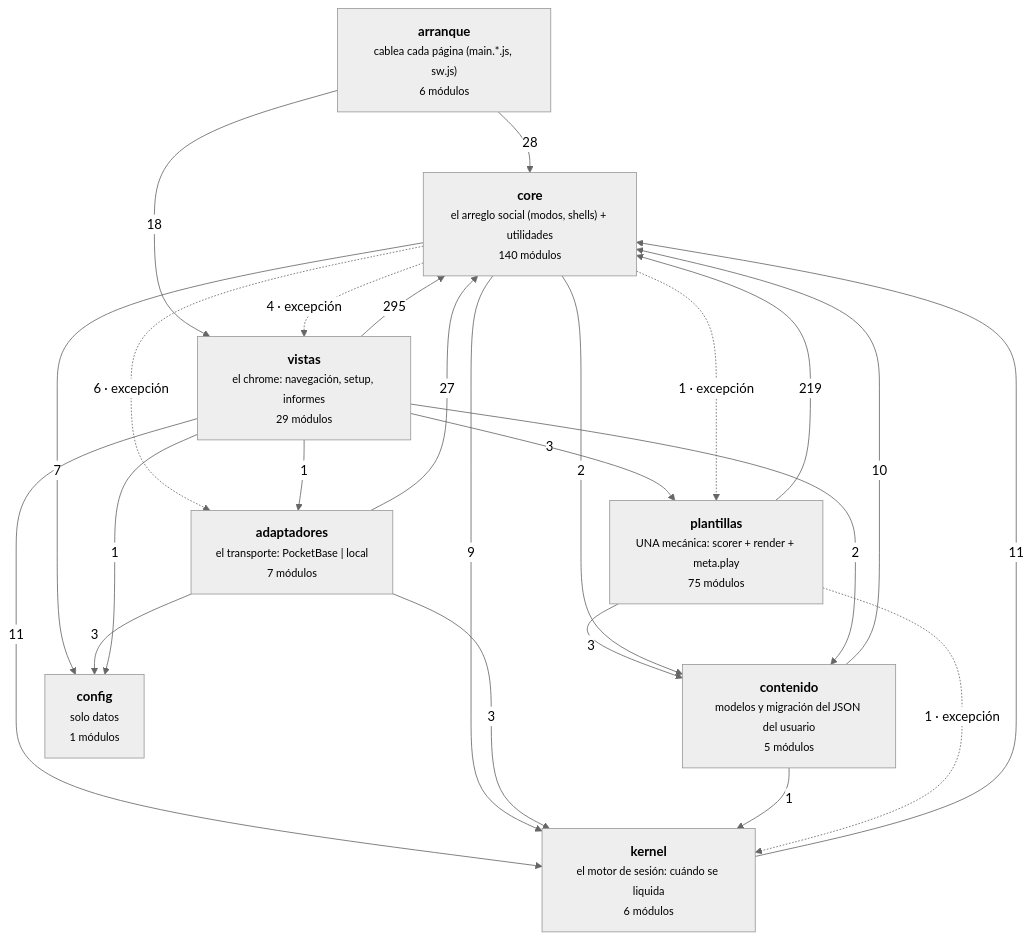
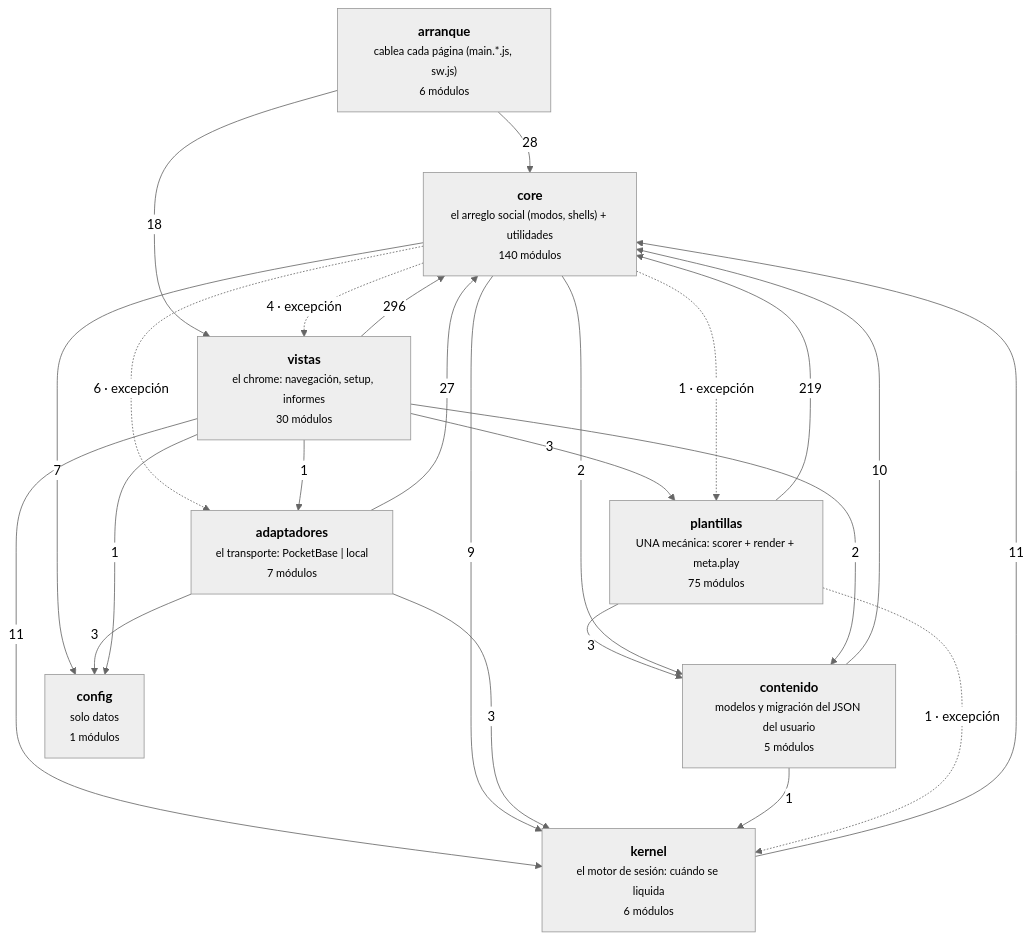
The diagram in docs/arquitectura-modulos.md (duecaz/ac), drawn with Mermaid (neutral theme) before and after one commit. The commit also changed other lines of this file and 17 other files, not shown here.

````diff
--- a/docs/arquitectura-modulos.md
+++ b/docs/arquitectura-modulos.md
@@ -56,34 +56,34 @@
 ```mermaid
 graph TD
   A["<b>arranque</b><br/><small>cablea cada página (main.*.js, sw.js)</small><br/><small>6 módulos</small>"]
-  V["<b>vistas</b><br/><small>el chrome: navegación, setup, informes</small><br/><small>29 módulos</small>"]
+  V["<b>vistas</b><br/><small>el chrome: navegación, setup, informes</small><br/><small>30 módulos</small>"]
   AD["<b>adaptadores</b><br/><small>el transporte: PocketBase | local</small><br/><small>7 módulos</small>"]
   C["<b>core</b><br/><small>el arreglo social (modos, shells) + utilidades</small><br/><small>140 módulos</small>"]
   K["<b>kernel</b><br/><small>el motor de sesión: cuándo se liquida</small><br/><small>6 módulos</small>"]
   T["<b>plantillas</b><br/><small>UNA mecánica: scorer + render + meta.play</small><br/><small>75 módulos</small>"]
   CO["<b>contenido</b><br/><small>modelos y migración del JSON del usuario</small><br/><small>5 módulos</small>"]
   CF["<b>config</b><br/><small>solo datos</small><br/><small>1 módulos</small>"]
-  V -->|295| C
+  V -->|296| C
   T -->|219| C
   A -->|28| C
   AD -->|27| C
   A -->|18| V
   K -->|11| C
   V -->|11| K
   CO -->|10| C
   C -->|9| K
   C -->|7| CF
   C -.->|6 · excepción| AD
   C -.->|4 · excepción| V
   AD -->|3| CF
   AD -->|3| K
   T -->|3| CO
   V -->|3| T
   C -->|2| CO
   V -->|2| CO
   C -.->|1 · excepción| T
   CO -->|1| K
   T -.->|1 · excepción| K
   V -->|1| AD
   V -->|1| CF
 ```
````
